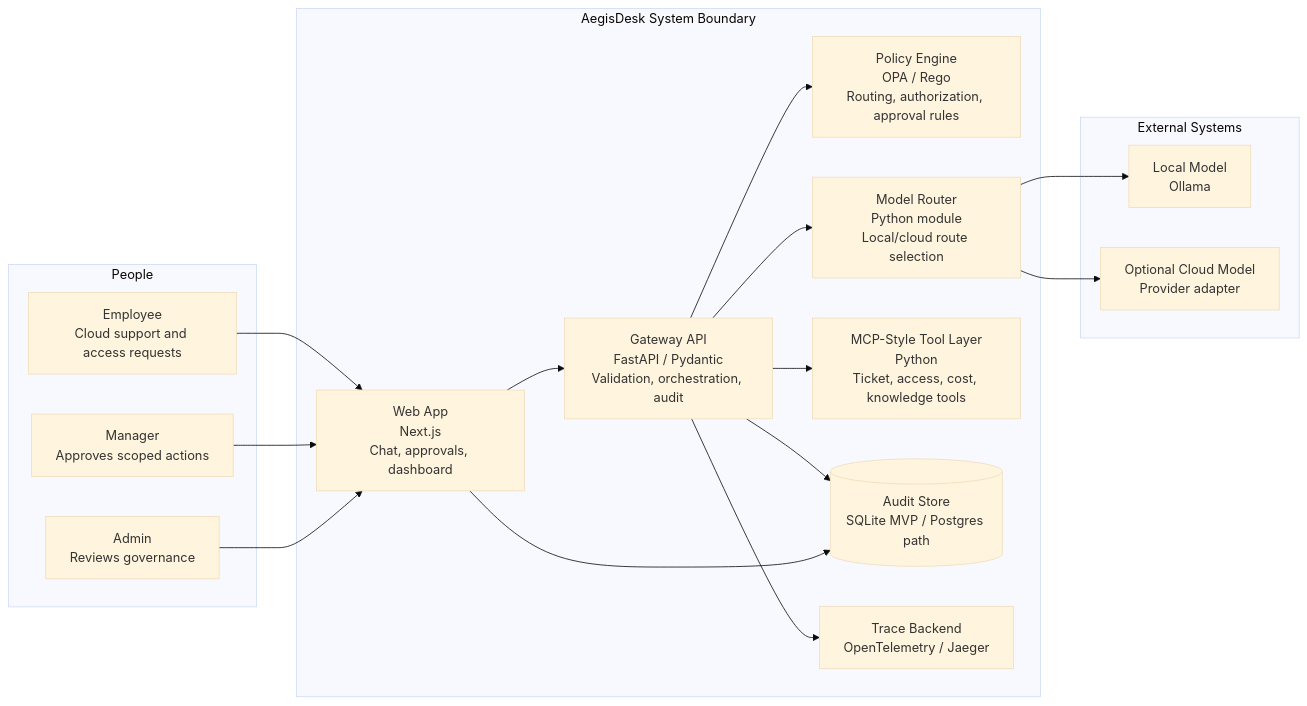
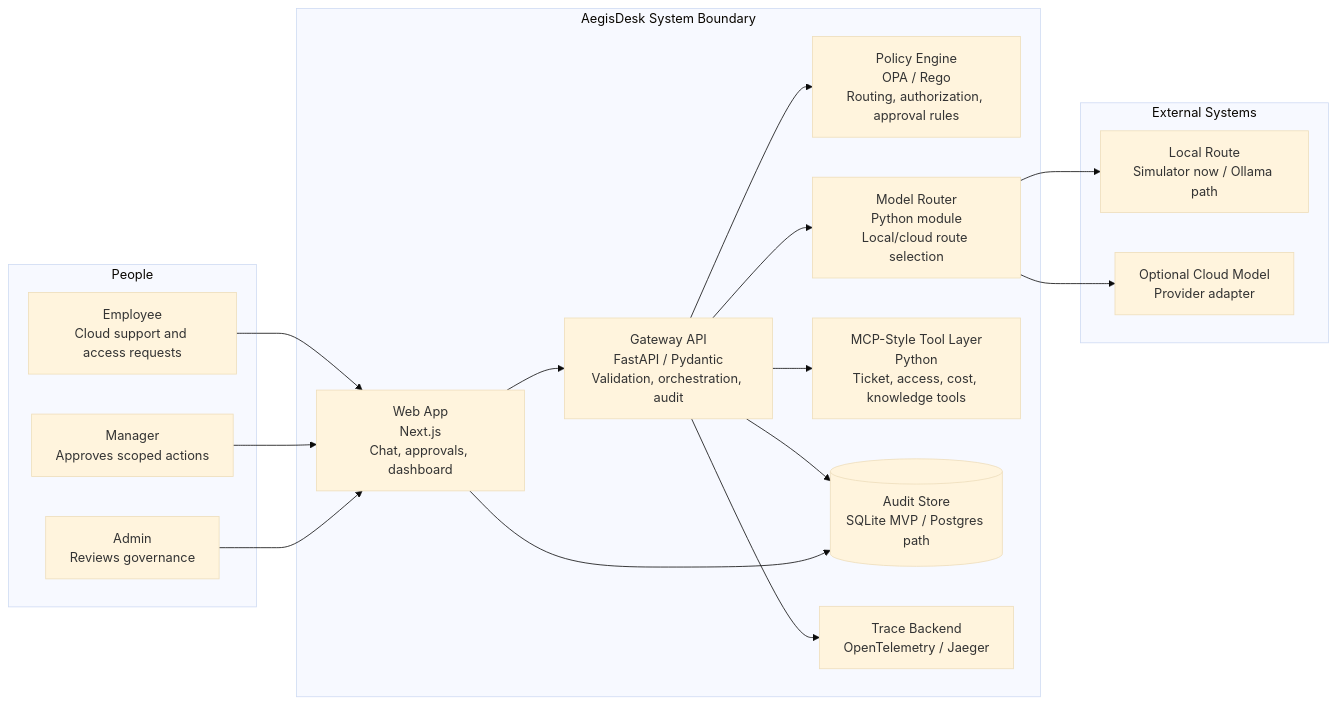
Before and after one commit to manynames3/aegisdesk-cloudops-control-plane: the diagram in docs/architecture.md, drawn with Mermaid (base theme). The commit also changed other lines of this file and 34 other files, not shown here.

````diff
--- a/docs/architecture.md
+++ b/docs/architecture.md
@@ -7,36 +7,36 @@
 ```mermaid
 flowchart LR
     subgraph People["People"]
         Employee["Employee<br/>Cloud support and access requests"]
         Manager["Manager<br/>Approves scoped actions"]
         Admin["Admin<br/>Reviews governance"]
     end
 
     subgraph AegisDesk["AegisDesk System Boundary"]
         Web["Web App<br/>Next.js<br/>Chat, approvals, dashboard"]
         API["Gateway API<br/>FastAPI / Pydantic<br/>Validation, orchestration, audit"]
         Policy["Policy Engine<br/>OPA / Rego<br/>Routing, authorization, approval rules"]
         Router["Model Router<br/>Python module<br/>Local/cloud route selection"]
         Tools["MCP-Style Tool Layer<br/>Python<br/>Ticket, access, cost, knowledge tools"]
         Audit[("Audit Store<br/>SQLite MVP / Postgres path")]
         Trace["Trace Backend<br/>OpenTelemetry / Jaeger"]
     end
 
     subgraph External["External Systems"]
-        LocalModel["Local Model<br/>Ollama"]
+        LocalModel["Local Route<br/>Simulator now / Ollama path"]
         CloudModel["Optional Cloud Model<br/>Provider adapter"]
     end
 
     Employee --> Web
     Manager --> Web
     Admin --> Web
     Web --> API
     API --> Policy
     API --> Router
     Router --> LocalModel
     Router --> CloudModel
     API --> Tools
     API --> Audit
     API --> Trace
     Web --> Audit
 ```
````
